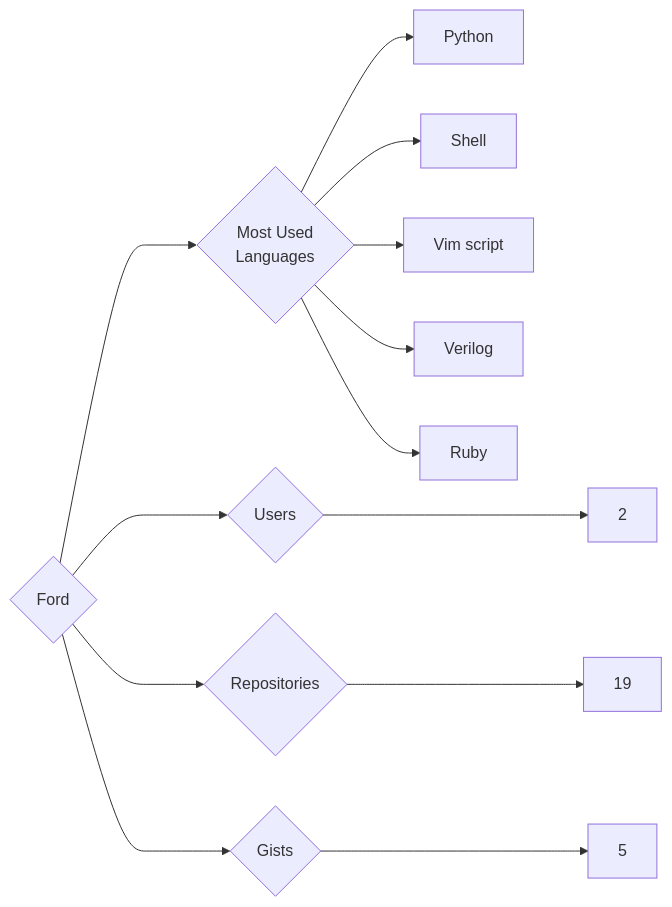
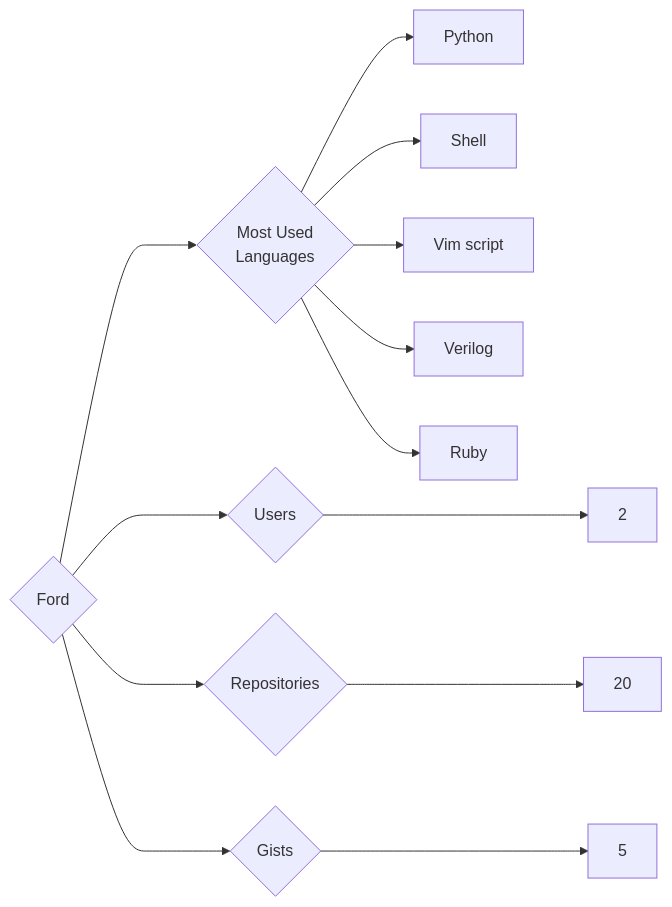
The diagram in targets/Ford/README.md (trickest/insiders), drawn with Mermaid before and after one commit. The commit also changed 782 other files, not shown here.

````diff
--- a/targets/Ford/README.md
+++ b/targets/Ford/README.md
@@ -3,13 +3,13 @@
 ```mermaid
 graph LR
 COMPANY_NAME{Ford}
 COMPANY_NAME ---> U{Users} ---> UN[2]
-COMPANY_NAME ---> R{Repositories} ---> RN[19]
+COMPANY_NAME ---> R{Repositories} ---> RN[20]
 COMPANY_NAME ---> G{Gists} ---> GN[5]
 COMPANY_NAME ---> ML{Most Used<br>Languages}
 ML --> Python[Python]
 ML --> Shell[Shell]
 ML --> Vim_script[Vim script]
 ML --> Verilog[Verilog]
 ML --> Ruby[Ruby]
 ```
````
